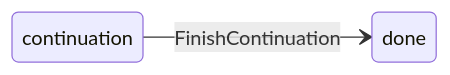
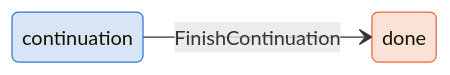
The first of 2 diagrams in zig/specs/tla/diagrams/raft/AntflyRaftReadyPipeline.md (antflydb/antfly), drawn with Mermaid before and after one commit. The commit also changed 27 other files, not shown here.

````diff
--- a/zig/specs/tla/diagrams/raft/AntflyRaftReadyPipeline.md
+++ b/zig/specs/tla/diagrams/raft/AntflyRaftReadyPipeline.md
@@ -13,5 +13,9 @@
 ```mermaid
 stateDiagram-v2
     direction LR
     continuation --> done : FinishContinuation
+    classDef c_continuation fill:#2a78d630,stroke:#2a78d6
+    class continuation c_continuation
+    classDef c_done fill:#eb683430,stroke:#eb6834
+    class done c_done
 ```
````
